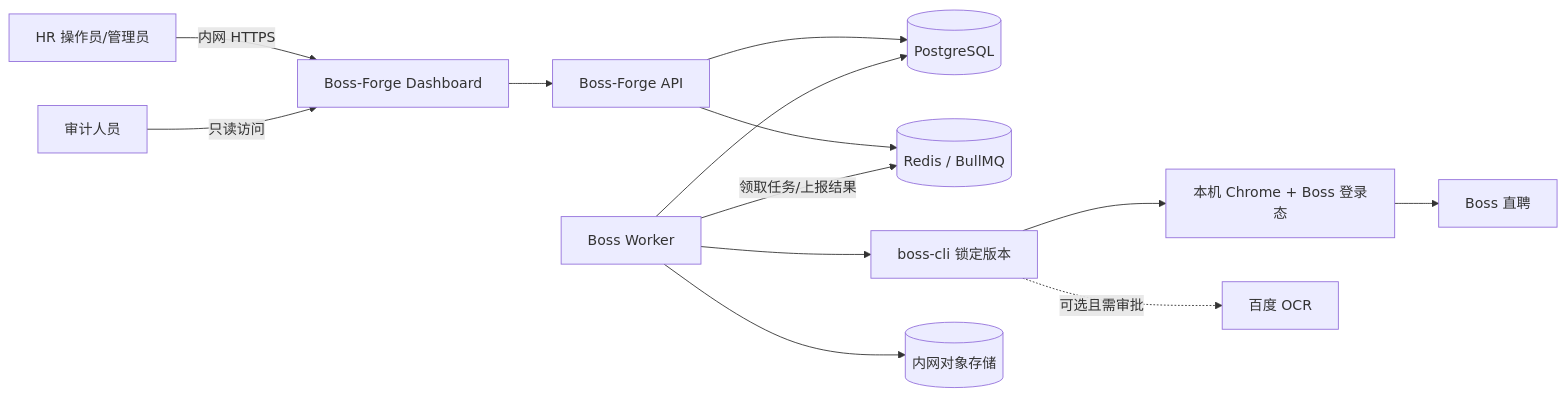
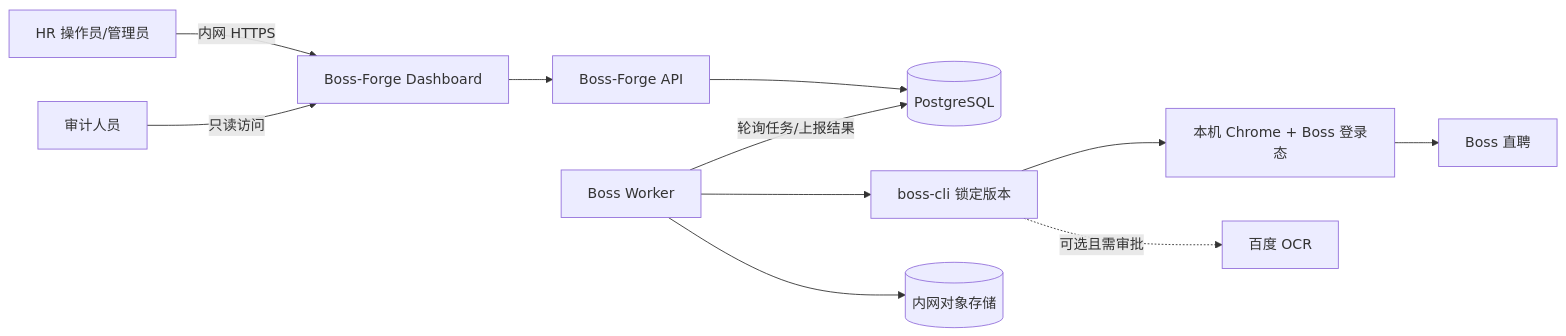
One commit to JasonEran/Boss-Forge changed the first of 5 diagrams in docs/SYSTEM_ARCHITECTURE.md. Above: the diagram before and after it, drawn with Mermaid. The commit also changed other lines of this file and 6 other files, not shown here.

````diff
--- a/docs/SYSTEM_ARCHITECTURE.md
+++ b/docs/SYSTEM_ARCHITECTURE.md
@@ -50,15 +52,13 @@
 ```mermaid
 flowchart LR
     HR[HR 操作员/管理员] -->|内网 HTTPS| WEB[Boss-Forge Dashboard]
     AUDITOR[审计人员] -->|只读访问| WEB
     WEB --> API[Boss-Forge API]
     API --> DB[(PostgreSQL)]
-    API --> QUEUE[(Redis / BullMQ)]
-    WORKER[Boss Worker] -->|领取任务/上报结果| QUEUE
-    WORKER --> DB
+    WORKER[Boss Worker] -->|轮询任务/上报结果| DB
     WORKER --> CLI[boss-cli 锁定版本]
     CLI --> CHROME[本机 Chrome + Boss 登录态]
     CHROME --> BOSS[Boss 直聘]
     WORKER --> STORE[(内网对象存储)]
     CLI -.可选且需审批.-> BAIDU[百度 OCR]
 ```
````
